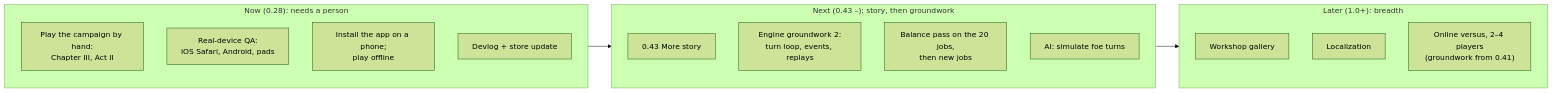
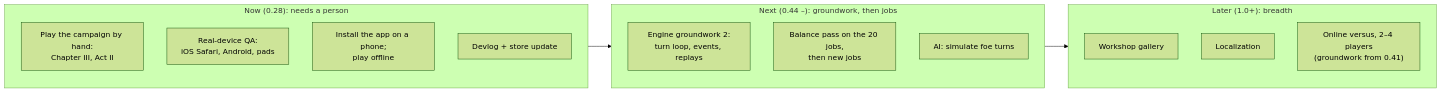
Before and after one commit to CptNope/Chess-RPG-Tactics: the second of 4 diagrams in docs/ROADMAP.md, drawn with Mermaid (forest theme). The commit also changed other lines of this file and 21 other files, not shown here.

````diff
--- a/docs/ROADMAP.md
+++ b/docs/ROADMAP.md
@@ -117,24 +119,23 @@
 ```mermaid
 flowchart LR
     subgraph NOW["Now (0.28): needs a person"]
         direction TB
         N1["Play the campaign by hand:<br/>Chapter III, Act II"]
         N2["Real-device QA:<br/>iOS Safari, Android, pads"]
         N3["Install the app on a phone;<br/>play offline"]
         N4["Devlog + store update"]
     end
-    subgraph NEXT["Next (0.43 –): story, then groundwork"]
+    subgraph NEXT["Next (0.44 –): groundwork, then jobs"]
         direction TB
-        X3["0.43 More story"]
         X4["Engine groundwork 2:<br/>turn loop, events, replays"]
         X5["Balance pass on the 20 jobs,<br/>then new jobs"]
         X1["AI: simulate foe turns"]
     end
     subgraph LATER["Later (1.0+): breadth"]
         direction TB
         L4["Workshop gallery"]
         L6["Localization"]
         L7["Online versus, 2–4 players<br/>(groundwork from 0.41)"]
     end
     NOW --> NEXT --> LATER
 ```
````
